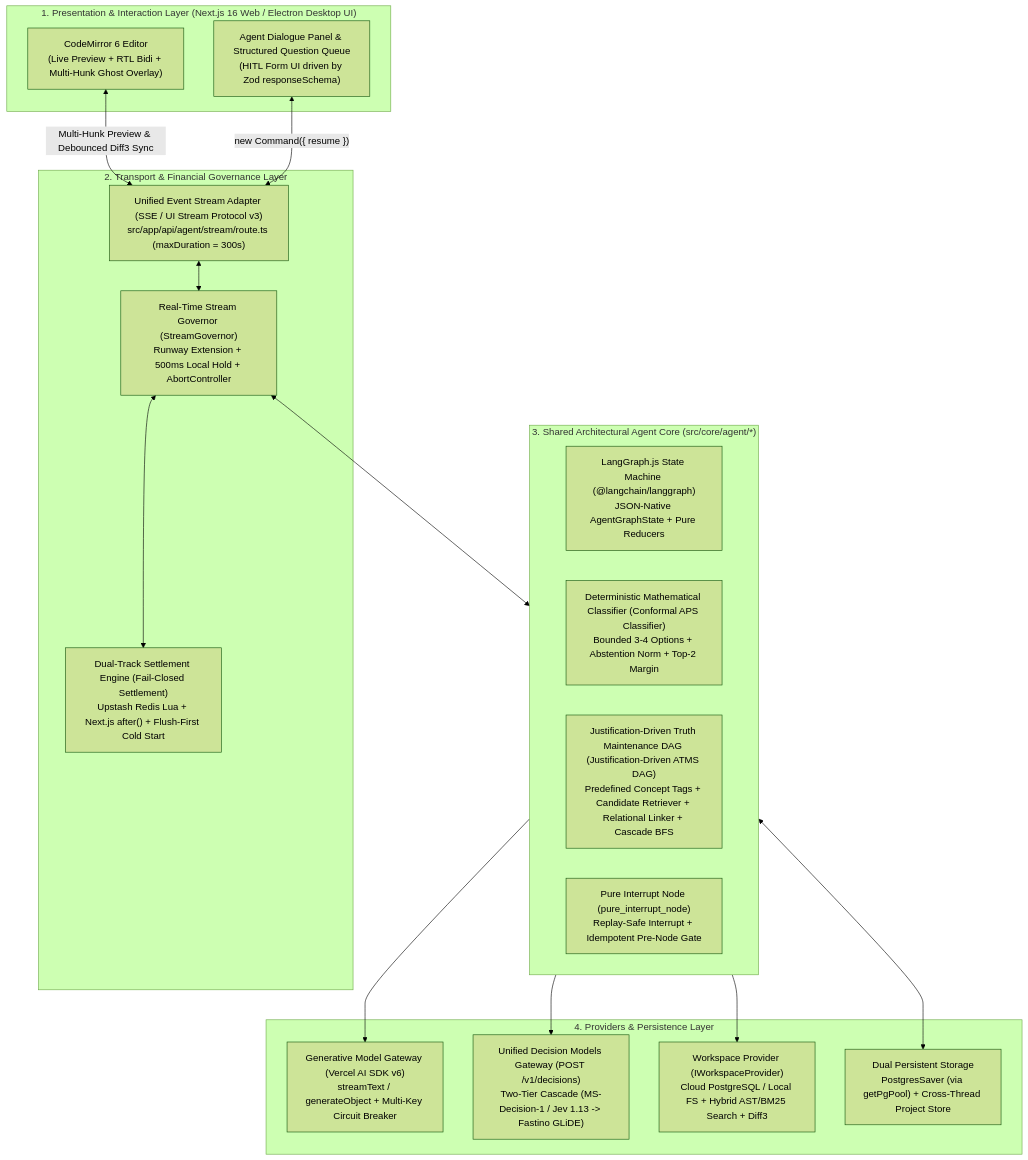
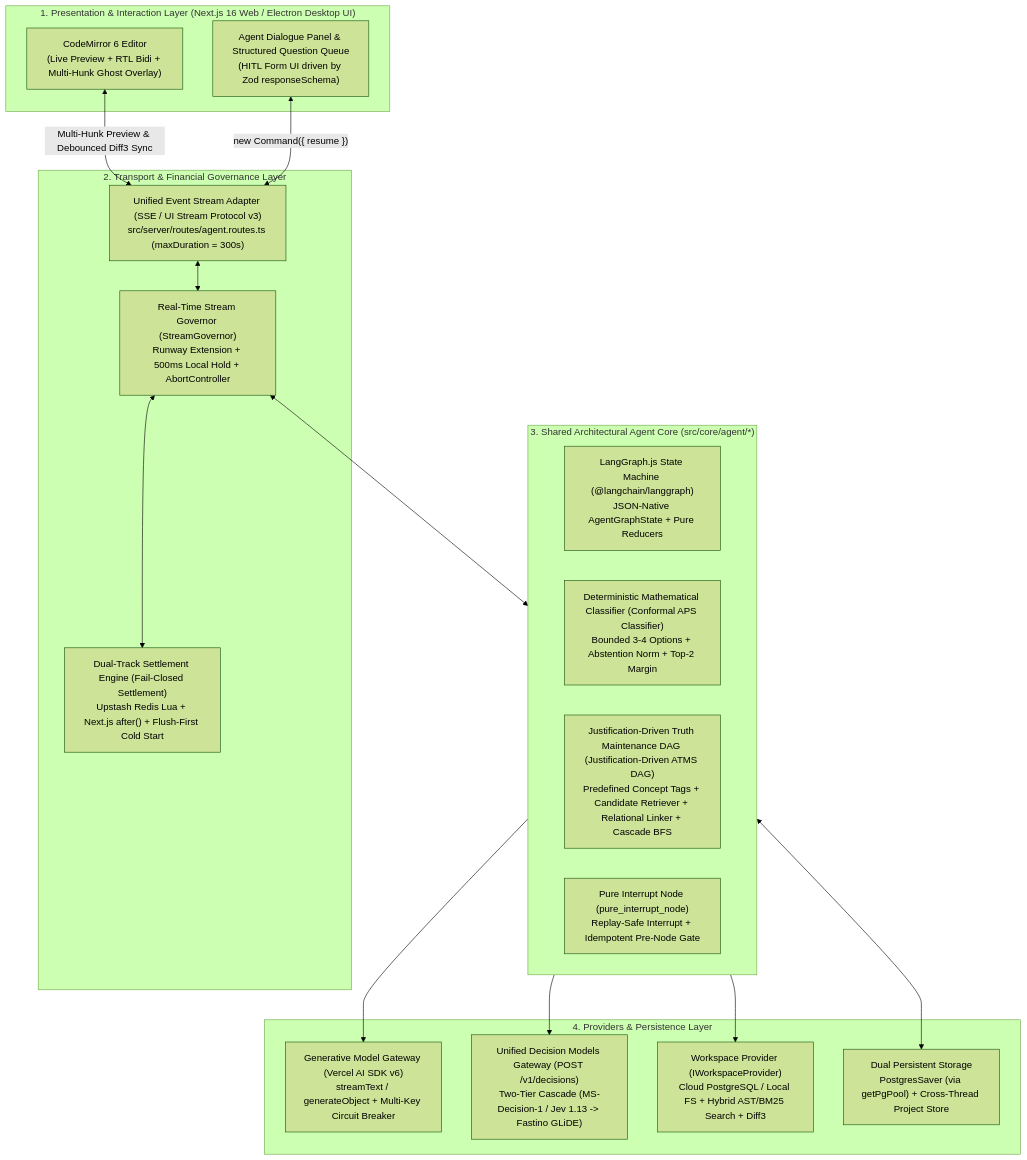
Before and after one commit to Abdullah931-stack/ELIXENT: the diagram in docs/architecture/01_architecture_vision_and_adrs.md, drawn with Mermaid (forest theme). The commit also changed 20 other files, not shown here.

````diff
--- a/docs/architecture/01_architecture_vision_and_adrs.md
+++ b/docs/architecture/01_architecture_vision_and_adrs.md
@@ -31,37 +31,37 @@
 ```mermaid
 flowchart TB
     subgraph UI_LAYER ["1. Presentation & Interaction Layer (Next.js 16 Web / Electron Desktop UI)"]
         CM6["CodeMirror 6 Editor<br/>(Live Preview + RTL Bidi + Multi-Hunk Ghost Overlay)"]
         CHAT_HITL["Agent Dialogue Panel & Structured Question Queue<br/>(HITL Form UI driven by Zod responseSchema)"]
     end
 
     subgraph ADAPTER_GOV ["2. Transport & Financial Governance Layer"]
-        SSE_ADAPTER["Unified Event Stream Adapter (SSE / UI Stream Protocol v3)<br/>src/app/api/agent/stream/route.ts (maxDuration = 300s)"]
+        SSE_ADAPTER["Unified Event Stream Adapter (SSE / UI Stream Protocol v3)<br/>src/server/routes/agent.routes.ts (maxDuration = 300s)"]
         GOV["Real-Time Stream Governor (StreamGovernor)<br/>Runway Extension + 500ms Local Hold + AbortController"]
         SETTLE_ENGINE["Dual-Track Settlement Engine (Fail-Closed Settlement)<br/>Upstash Redis Lua + Next.js after() + Flush-First Cold Start"]
     end
 
     subgraph AGENT_CORE ["3. Shared Architectural Agent Core (src/core/agent/*)"]
         ORCH["LangGraph.js State Machine (@langchain/langgraph)<br/>JSON-Native AgentGraphState + Pure Reducers"]
         CONFORMAL["Deterministic Mathematical Classifier (Conformal APS Classifier)<br/>Bounded 3-4 Options + Abstention Norm + Top-2 Margin"]
         ATMS["Justification-Driven Truth Maintenance DAG (Justification-Driven ATMS DAG)<br/>Predefined Concept Tags + Candidate Retriever + Relational Linker + Cascade BFS"]
         HITL_GATE["Pure Interrupt Node (pure_interrupt_node)<br/>Replay-Safe Interrupt + Idempotent Pre-Node Gate"]
     end
 
     subgraph INFRA_PROVIDERS ["4. Providers & Persistence Layer"]
         AI_SDK["Generative Model Gateway (Vercel AI SDK v6)<br/>streamText / generateObject + Multi-Key Circuit Breaker"]
         DECISION_API["Unified Decision Models Gateway (POST /v1/decisions)<br/>Two-Tier Cascade (MS-Decision-1 / Jev 1.13 -> Fastino GLiDE)"]
         WS_PROVIDER["Workspace Provider (IWorkspaceProvider)<br/>Cloud PostgreSQL / Local FS + Hybrid AST/BM25 Search + Diff3"]
         DUAL_STORE["Dual Persistent Storage<br/>PostgresSaver (via getPgPool) + Cross-Thread Project Store"]
     end
 
     CM6 <-->|"Multi-Hunk Preview & Debounced Diff3 Sync"| SSE_ADAPTER
     CHAT_HITL <-->|"new Command({ resume })"| SSE_ADAPTER
     SSE_ADAPTER <--> GOV
     GOV <--> SETTLE_ENGINE
     GOV <--> AGENT_CORE
     AGENT_CORE --> AI_SDK
     AGENT_CORE --> DECISION_API
     AGENT_CORE --> WS_PROVIDER
     AGENT_CORE <--> DUAL_STORE
 ```
````
